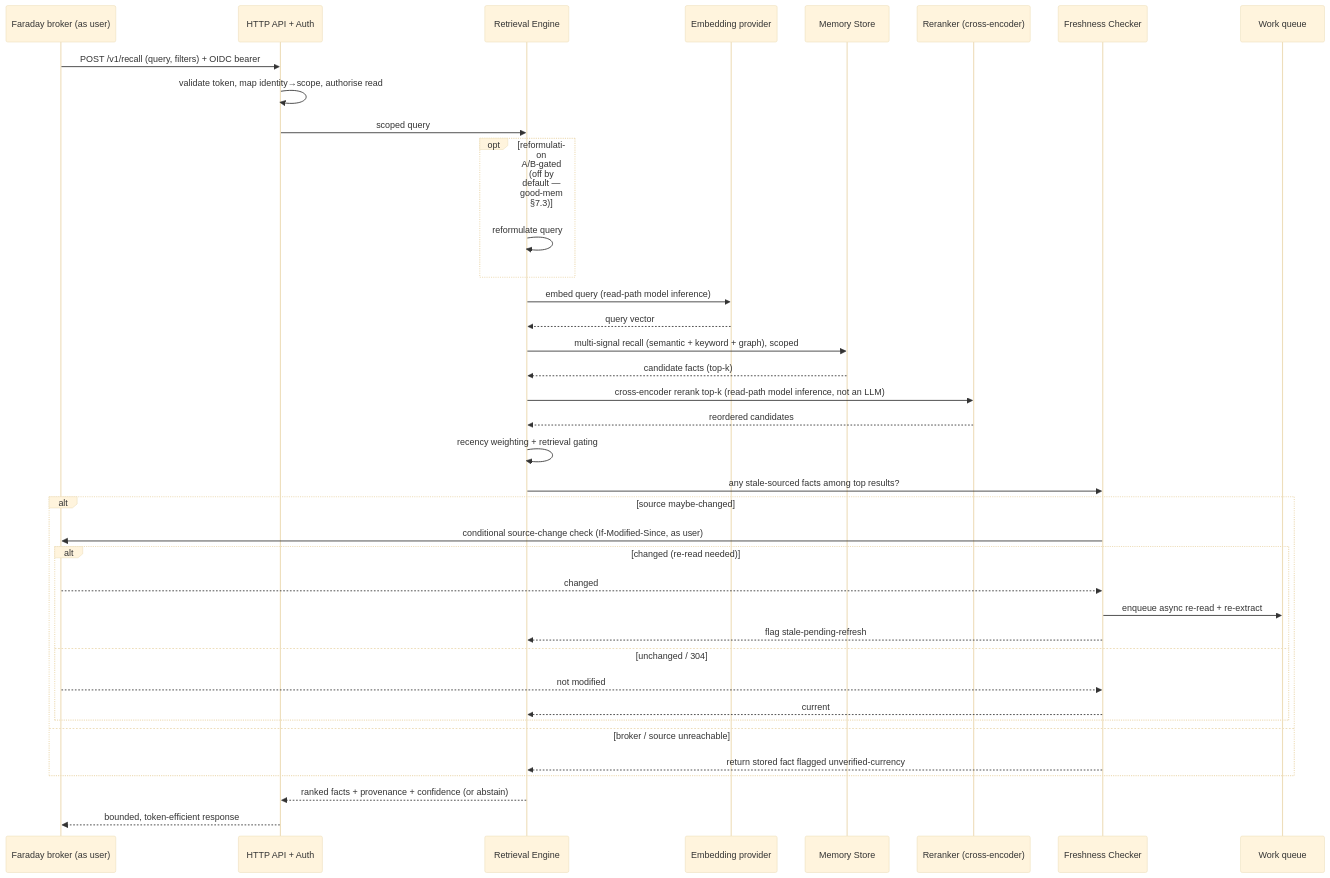
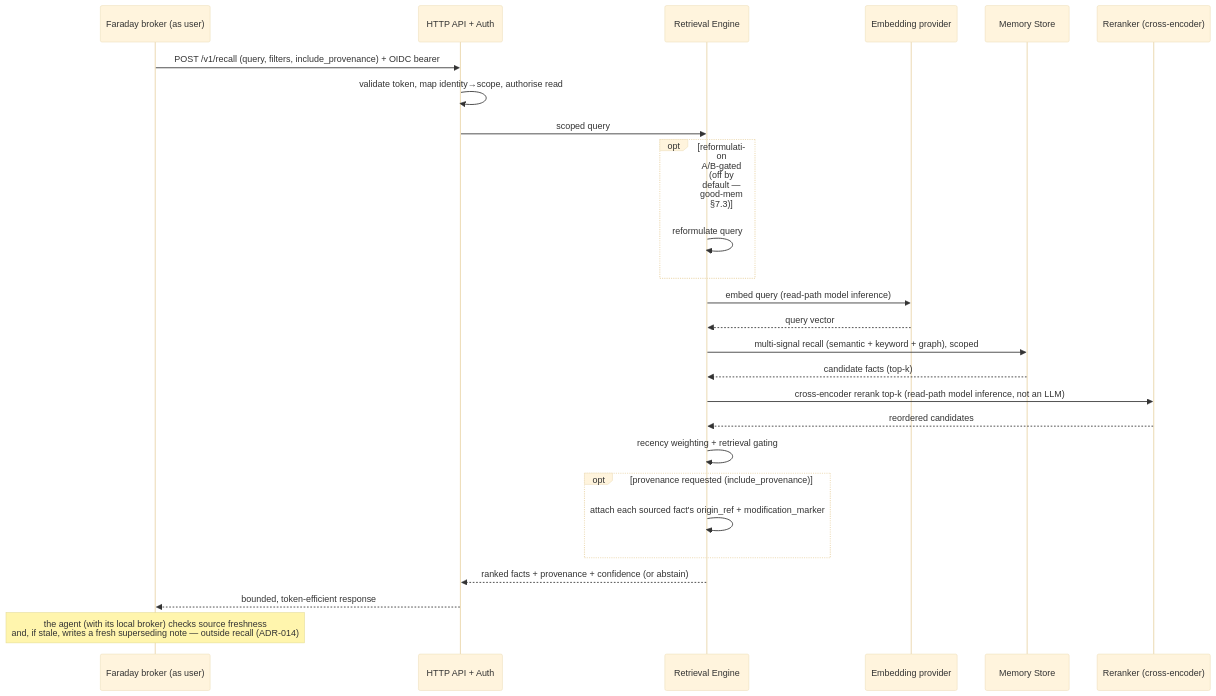
Before and after one commit to gatblau/recall: the first of 4 diagrams in docs/design/agentic-memory/03-sequences.md, drawn with Mermaid (base theme). The commit also changed other lines of this file and 44 other files, not shown here.

First line of the commit message:
feat(recall): agent-side freshness; recall is a passive store (ADR-014)

````diff
--- a/docs/design/agentic-memory/03-sequences.md
+++ b/docs/design/agentic-memory/03-sequences.md
@@ -9,41 +9,29 @@
 ```mermaid
 sequenceDiagram
     participant Broker as Faraday broker (as user)
     participant API as HTTP API + Auth
     participant Ret as Retrieval Engine
     participant Embed as Embedding provider
     participant Store as Memory Store
     participant Rerank as Reranker (cross-encoder)
-    participant Fresh as Freshness Checker
-    participant Q as Work queue
 
-    Broker->>API: POST /v1/recall (query, filters) + OIDC bearer
+    Broker->>API: POST /v1/recall (query, filters, include_provenance) + OIDC bearer
     API->>API: validate token, map identity→scope, authorise read
     API->>Ret: scoped query
     opt reformulation A/B-gated (off by default — good-mem §7.3)
         Ret->>Ret: reformulate query
     end
     Ret->>Embed: embed query (read-path model inference)
     Embed-->>Ret: query vector
     Ret->>Store: multi-signal recall (semantic + keyword + graph), scoped
     Store-->>Ret: candidate facts (top-k)
     Ret->>Rerank: cross-encoder rerank top-k (read-path model inference, not an LLM)
     Rerank-->>Ret: reordered candidates
     Ret->>Ret: recency weighting + retrieval gating
-    Ret->>Fresh: any stale-sourced facts among top results?
-    alt source maybe-changed
-        Fresh->>Broker: conditional source-change check (If-Modified-Since, as user)
-        alt changed (re-read needed)
-            Broker-->>Fresh: changed
-            Fresh->>Q: enqueue async re-read + re-extract
-            Fresh-->>Ret: flag stale-pending-refresh
-        else unchanged / 304
-            Broker-->>Fresh: not modified
-            Fresh-->>Ret: current
-        end
-    else broker / source unreachable
-        Fresh-->>Ret: return stored fact flagged unverified-currency
+    opt provenance requested (include_provenance)
+        Ret->>Ret: attach each sourced fact's origin_ref + modification_marker
     end
     Ret-->>API: ranked facts + provenance + confidence (or abstain)
     API-->>Broker: bounded, token-efficient response
+    Note over Broker: the agent (with its local broker) checks source freshness<br/>and, if stale, writes a fresh superseding note — outside recall (ADR-014)
 ```
````
